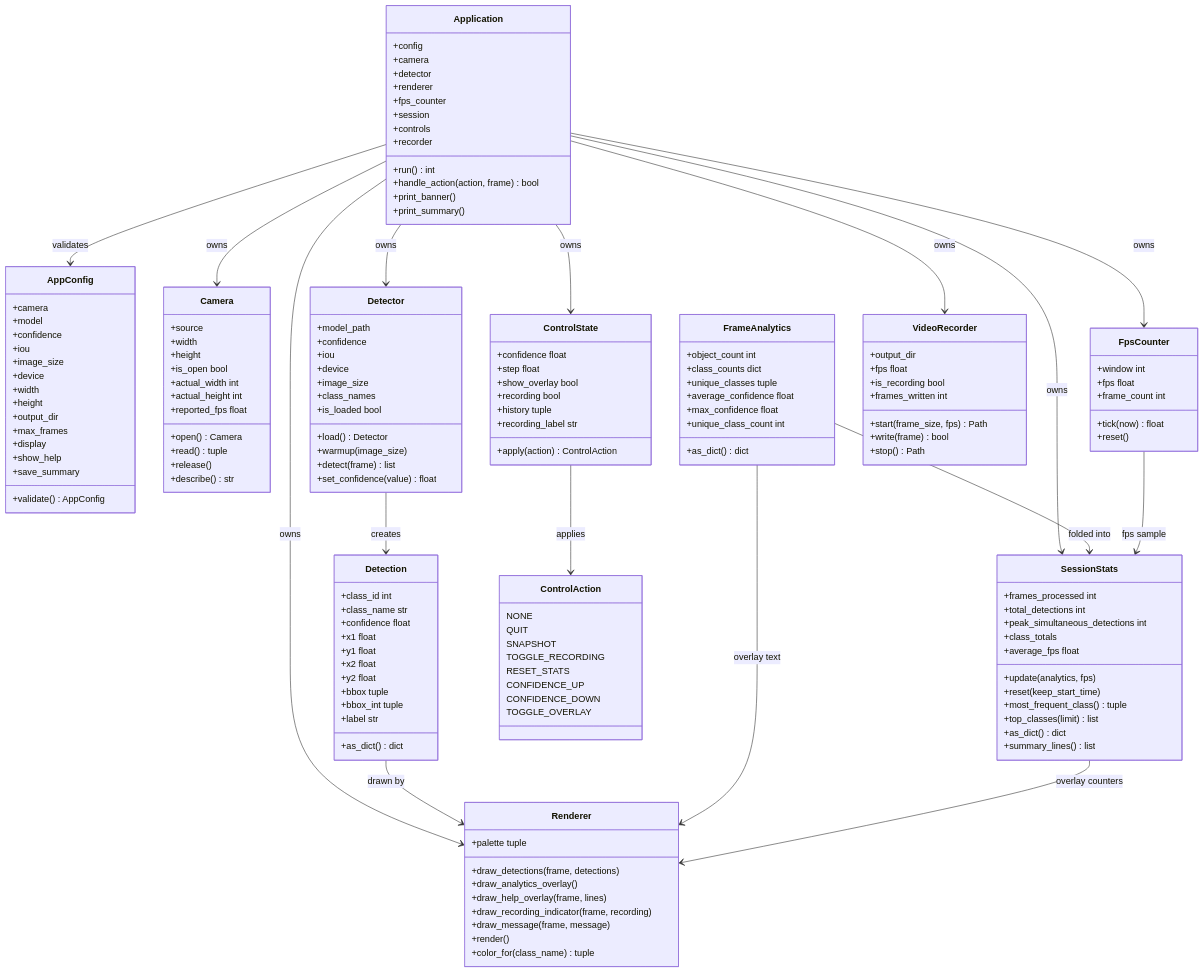
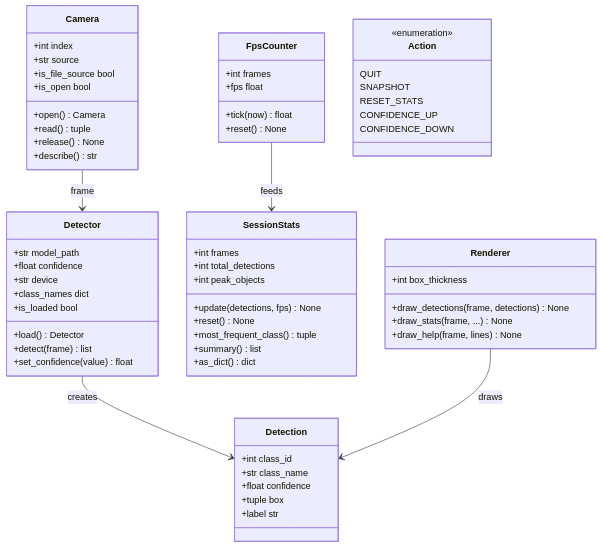
Before and after one commit to Abhijai10/real-time-object-detection-yolo11: the diagram in docs/diagrams/component.mmd, drawn with Mermaid. The commit also changed 10 other files, not shown here.

```diff
--- a/docs/diagrams/component.mmd
+++ b/docs/diagrams/component.mmd
@@ -1,165 +1,69 @@
 classDiagram
-    class Application {
-        +config
-        +camera
-        +detector
-        +renderer
-        +fps_counter
-        +session
-        +controls
-        +recorder
-        +run() int
-        +handle_action(action, frame) bool
-        +print_banner()
-        +print_summary()
-    }
-
-    class AppConfig {
-        +camera
-        +model
-        +confidence
-        +iou
-        +image_size
-        +device
-        +width
-        +height
-        +output_dir
-        +max_frames
-        +display
-        +show_help
-        +save_summary
-        +validate() AppConfig
-    }
-
     class Camera {
-        +source
-        +width
-        +height
+        +int index
+        +str source
         +open() Camera
         +read() tuple
-        +release()
+        +release() None
         +describe() str
+        +is_file_source bool
         +is_open bool
-        +actual_width int
-        +actual_height int
-        +reported_fps float
     }
 
     class Detector {
-        +model_path
-        +confidence
-        +iou
-        +device
-        +image_size
+        +str model_path
+        +float confidence
+        +str device
         +load() Detector
-        +warmup(image_size)
         +detect(frame) list
         +set_confidence(value) float
-        +class_names
+        +class_names dict
         +is_loaded bool
     }
 
     class Detection {
-        +class_id int
-        +class_name str
-        +confidence float
-        +x1 float
-        +y1 float
-        +x2 float
-        +y2 float
-        +bbox tuple
-        +bbox_int tuple
+        +int class_id
+        +str class_name
+        +float confidence
+        +tuple box
         +label str
+    }
+
+    class FpsCounter {
+        +int frames
+        +tick(now) float
+        +fps float
+        +reset() None
+    }
+
+    class SessionStats {
+        +int frames
+        +int total_detections
+        +int peak_objects
+        +update(detections, fps) None
+        +reset() None
+        +most_frequent_class() tuple
+        +summary() list
         +as_dict() dict
     }
 
-    class FpsCounter {
-        +window int
-        +tick(now) float
-        +fps float
-        +frame_count int
-        +reset()
+    class Renderer {
+        +int box_thickness
+        +draw_detections(frame, detections) None
+        +draw_stats(frame, ...) None
+        +draw_help(frame, lines) None
     }
 
-    class FrameAnalytics {
-        +object_count int
-        +class_counts dict
-        +unique_classes tuple
-        +average_confidence float
-        +max_confidence float
-        +unique_class_count int
-        +as_dict() dict
-    }
-
-    class SessionStats {
-        +frames_processed int
-        +total_detections int
-        +peak_simultaneous_detections int
-        +class_totals
-        +update(analytics, fps)
-        +reset(keep_start_time)
-        +most_frequent_class() tuple
-        +top_classes(limit) list
-        +as_dict() dict
-        +summary_lines() list
-        +average_fps float
-    }
-
-    class ControlState {
-        +confidence float
-        +step float
-        +show_overlay bool
-        +recording bool
-        +apply(action) ControlAction
-        +history tuple
-        +recording_label str
-    }
-
-    class ControlAction {
-        NONE
+    class Action {
+        <<enumeration>>
         QUIT
         SNAPSHOT
-        TOGGLE_RECORDING
         RESET_STATS
         CONFIDENCE_UP
         CONFIDENCE_DOWN
-        TOGGLE_OVERLAY
     }
 
-    class Renderer {
-        +palette tuple
-        +draw_detections(frame, detections)
-        +draw_analytics_overlay()
-        +draw_help_overlay(frame, lines)
-        +draw_recording_indicator(frame, recording)
-        +draw_message(frame, message)
-        +render()
-        +color_for(class_name) tuple
-    }
-
-    class VideoRecorder {
-        +output_dir
-        +fps float
-        +start(frame_size, fps) Path
-        +write(frame) bool
-        +stop() Path
-        +is_recording bool
-        +frames_written int
-    }
-
-    Application --> AppConfig : validates
-    Application --> Camera : owns
-    Application --> Detector : owns
-    Application --> Renderer : owns
-    Application --> FpsCounter : owns
-    Application --> SessionStats : owns
-    Application --> ControlState : owns
-    Application --> VideoRecorder : owns
-
     Detector --> Detection : creates
-    ControlState --> ControlAction : applies
-    FrameAnalytics --> SessionStats : folded into
-    FpsCounter --> SessionStats : fps sample
-    Detection --> Renderer : drawn by
-    FrameAnalytics --> Renderer : overlay text
-    SessionStats --> Renderer : overlay counters
+    FpsCounter --> SessionStats : feeds
+    Renderer --> Detection : draws
+    Camera --> Detector : frame
```
